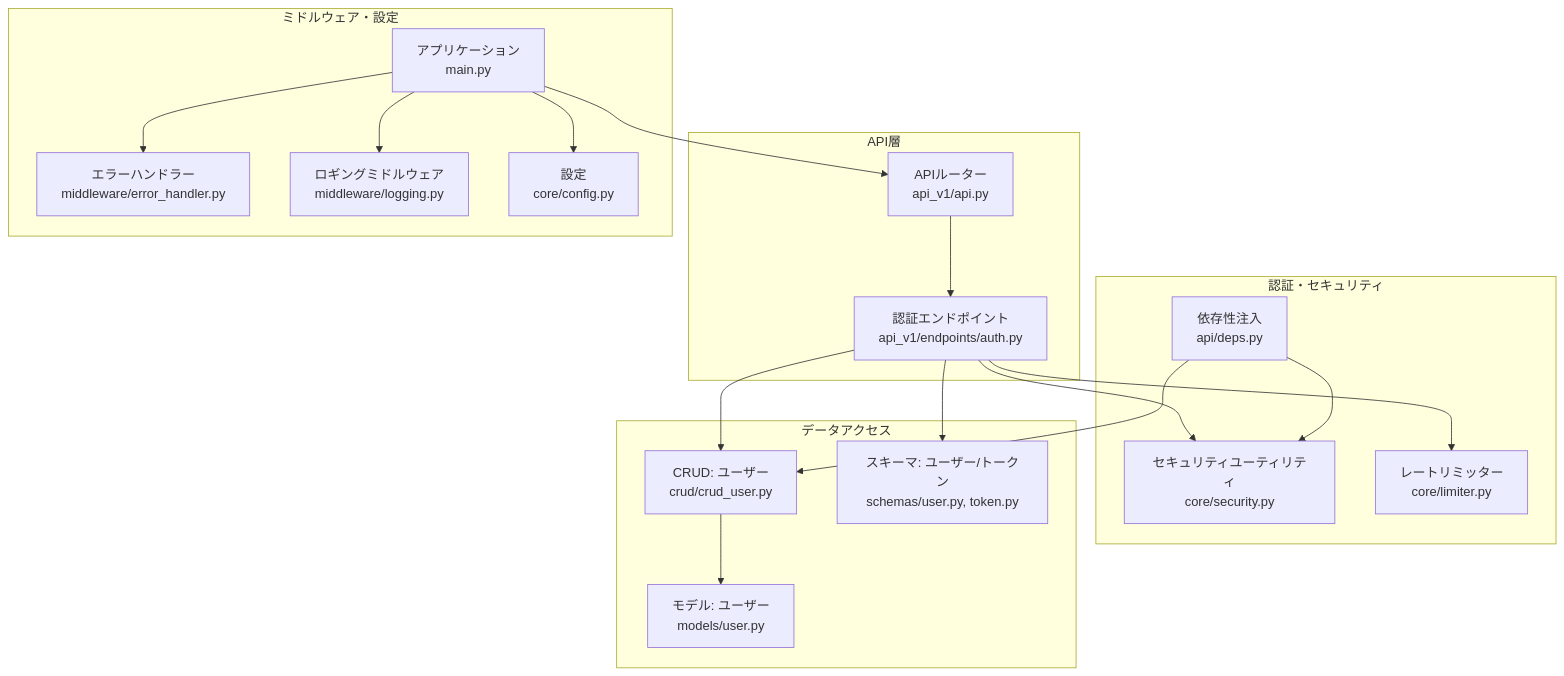
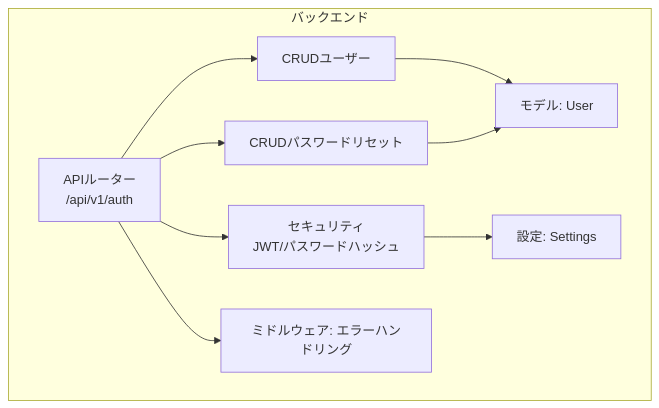
Before and after one commit to ss8806/Todos: the first of 6 diagrams in .qoder/repowiki/ja/content/認証システム/認証システム.md, drawn with Mermaid. The commit also changed other lines of this file and 106 other files, not shown here.

````diff
--- a/.qoder/repowiki/ja/content/認証システム/認証システム.md
+++ b/.qoder/repowiki/ja/content/認証システム/認証システム.md
@@ -44,35 +54,19 @@
 ```mermaid
 graph TB
-subgraph "API層"
-R["APIルーター<br/>api_v1/api.py"]
-A["認証エンドポイント<br/>api_v1/endpoints/auth.py"]
+subgraph "バックエンド"
+API["APIルーター<br/>/api/v1/auth"]
+SEC["セキュリティ<br/>JWT/パスワードハッシュ"]
+CRUDU["CRUDユーザー"]
+CRUDR["CRUDパスワードリセット"]
+MODELU["モデル: User"]
+CONF["設定: Settings"]
+MID["ミドルウェア: エラーハンドリング"]
 end
-subgraph "認証・セキュリティ"
-S["セキュリティユーティリティ<br/>core/security.py"]
-D["依存性注入<br/>api/deps.py"]
-L["レートリミッター<br/>core/limiter.py"]
-end
-subgraph "データアクセス"
-C["CRUD: ユーザー<br/>crud/crud_user.py"]
-M["モデル: ユーザー<br/>models/user.py"]
-SC["スキーマ: ユーザー/トークン<br/>schemas/user.py, token.py"]
-end
-subgraph "ミドルウェア・設定"
-EH["エラーハンドラー<br/>middleware/error_handler.py"]
-LOG["ロギングミドルウェア<br/>middleware/logging.py"]
-CFG["設定<br/>core/config.py"]
-MAIN["アプリケーション<br/>main.py"]
-end
-R --> A
-A --> C
-A --> S
-A --> L
-A --> SC
-D --> S
-D --> C
-C --> M
-MAIN --> R
-MAIN --> EH
-MAIN --> LOG
-MAIN --> CFG
+API --> SEC
+API --> CRUDU
+API --> CRUDR
+CRUDU --> MODELU
+CRUDR --> MODELU
+SEC --> CONF
+API --> MID
 ```
````
